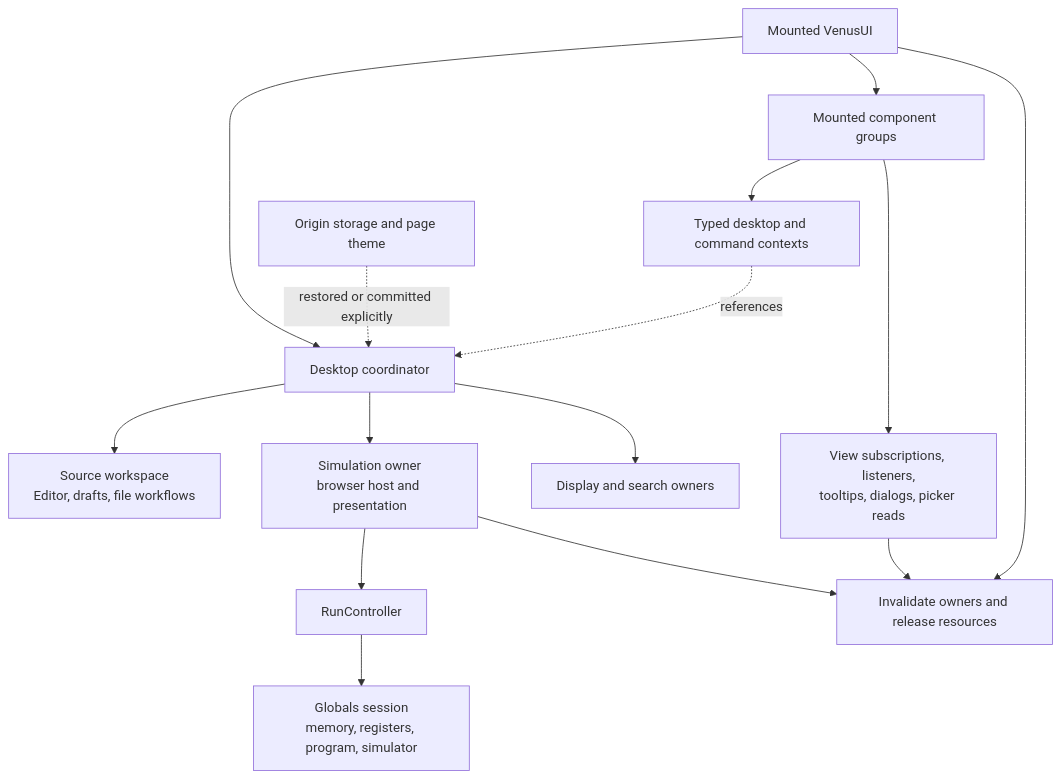
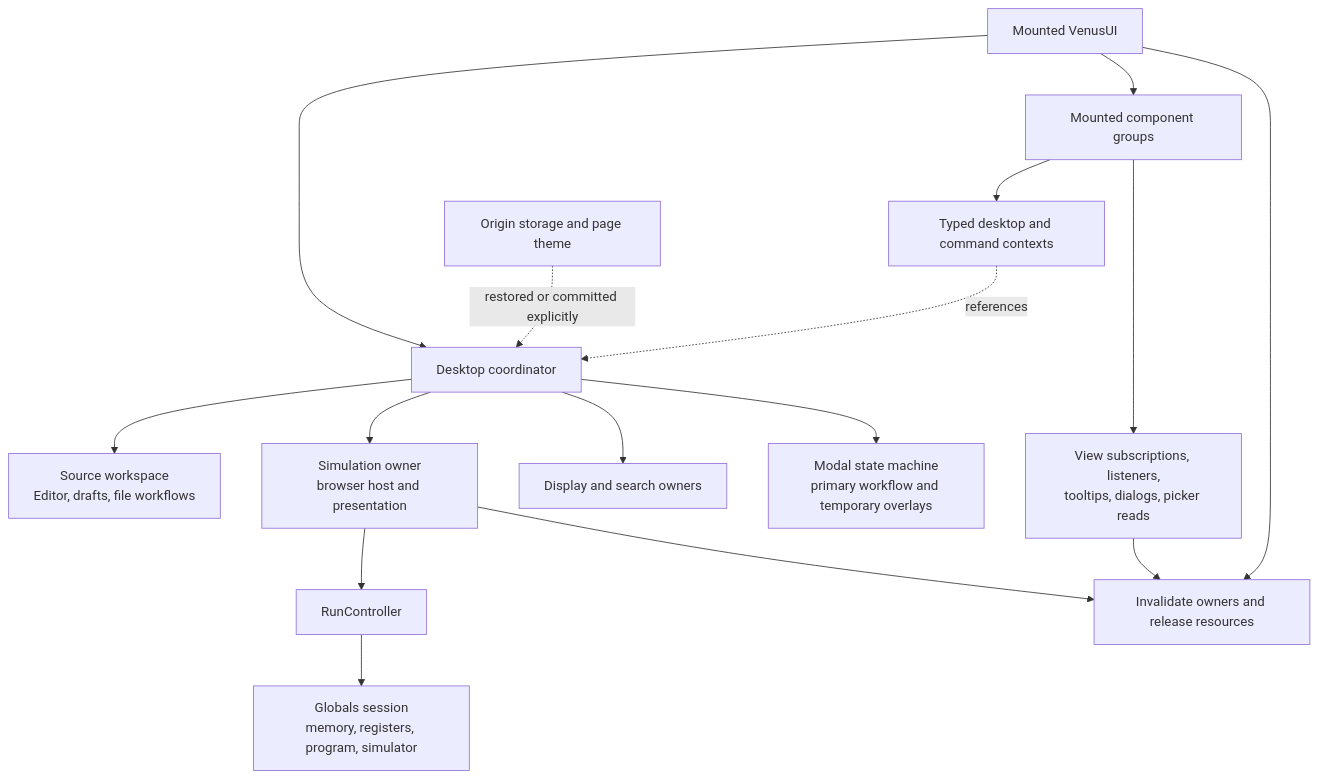
The first of 2 diagrams in docs/adrs/0006-object-lifetime-management.md (awpala/MARS-ts), drawn with Mermaid before and after one commit. The commit also changed other lines of this file and 132 other files, not shown here.

````diff
--- a/docs/adrs/0006-object-lifetime-management.md
+++ b/docs/adrs/0006-object-lifetime-management.md
@@ -24,17 +24,18 @@
 ```mermaid
 flowchart TB
     Root["Mounted VenusUI"] --> Desktop["Desktop coordinator"]
     Desktop --> Workspace["Source workspace<br/>Editor, drafts, file workflows"]
     Desktop --> Simulation["Simulation owner<br/>browser host and presentation"]
     Desktop --> Display["Display and search owners"]
+    Desktop --> Modals["Modal state machine<br/>primary workflow and temporary overlays"]
     Root --> Views["Mounted component groups"]
     Context["Typed desktop and command contexts"] -. references .-> Desktop
     Views --> Context
     Simulation --> Controller["RunController"]
     Controller --> Machine["Globals session<br/>memory, registers, program, simulator"]
     Views --> Local["View subscriptions, listeners,<br/>tooltips, dialogs, picker reads"]
     Persistent["Origin storage and page theme"] -. restored or committed explicitly .-> Desktop
     Root --> Teardown["Invalidate owners and release resources"]
     Local --> Teardown
     Simulation --> Teardown
 ```
````
